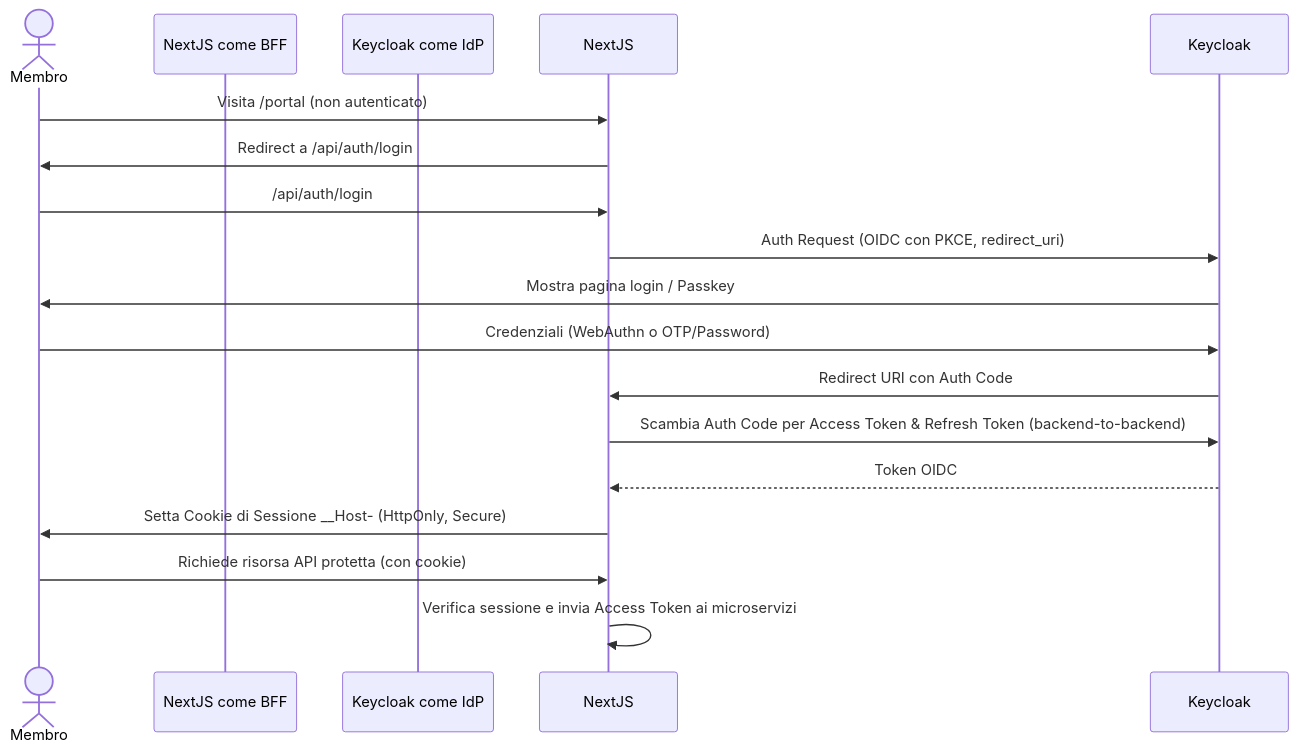
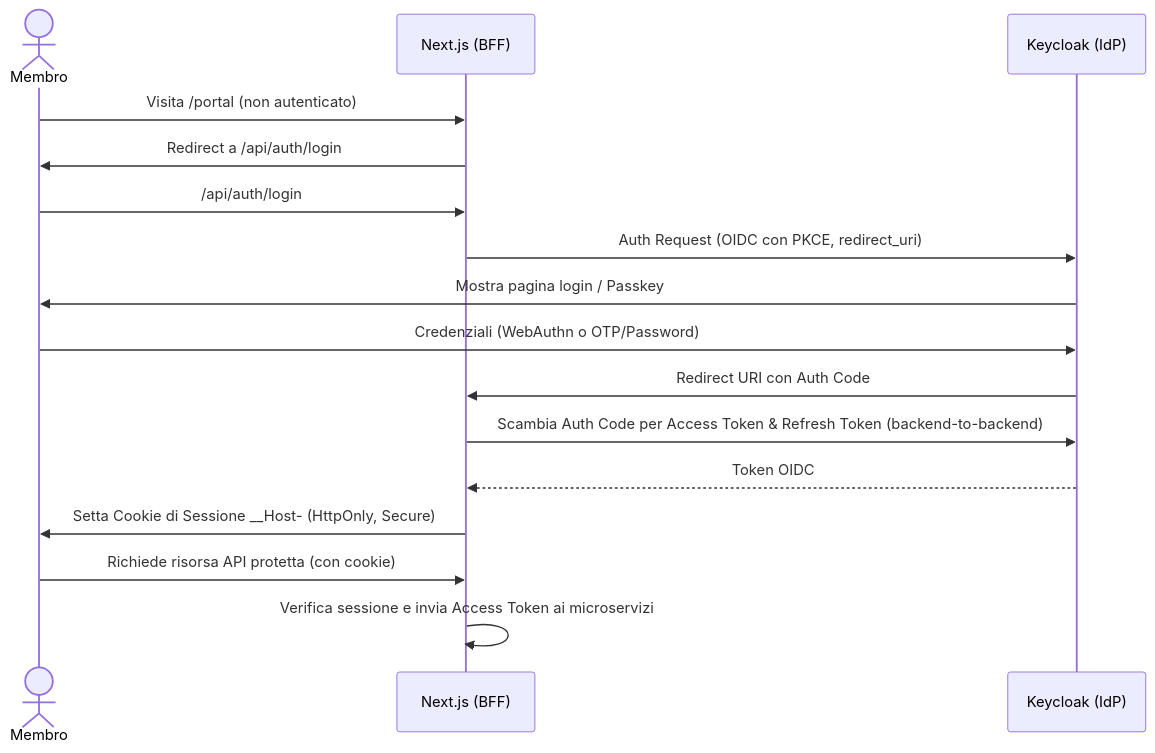
The first of 2 diagrams in deploy/idp/README.md (peppe-ruv/Loyalty_Sys), drawn with Mermaid before and after one commit. The commit also changed other lines of this file and 7 other files, not shown here.

````diff
--- a/deploy/idp/README.md
+++ b/deploy/idp/README.md
@@ -37,21 +97,21 @@
 ```mermaid
 sequenceDiagram
     accTitle: Autenticazione BFF
     accDescr: Flusso di login per i membri tramite Backend-for-Frontend
     actor Membro
-    participant NextJS come BFF
-    participant Keycloak come IdP
+    participant NextJS as Next.js (BFF)
+    participant Keycloak as Keycloak (IdP)
 
     Membro->>NextJS: Visita /portal (non autenticato)
     NextJS->>Membro: Redirect a /api/auth/login
     Membro->>NextJS: /api/auth/login
     NextJS->>Keycloak: Auth Request (OIDC con PKCE, redirect_uri)
     Keycloak->>Membro: Mostra pagina login / Passkey
     Membro->>Keycloak: Credenziali (WebAuthn o OTP/Password)
     Keycloak->>NextJS: Redirect URI con Auth Code
     NextJS->>Keycloak: Scambia Auth Code per Access Token & Refresh Token (backend-to-backend)
     Keycloak-->>NextJS: Token OIDC
     NextJS->>Membro: Setta Cookie di Sessione __Host- (HttpOnly, Secure)
     Membro->>NextJS: Richiede risorsa API protetta (con cookie)
     NextJS->>NextJS: Verifica sessione e invia Access Token ai microservizi
 ```
````
